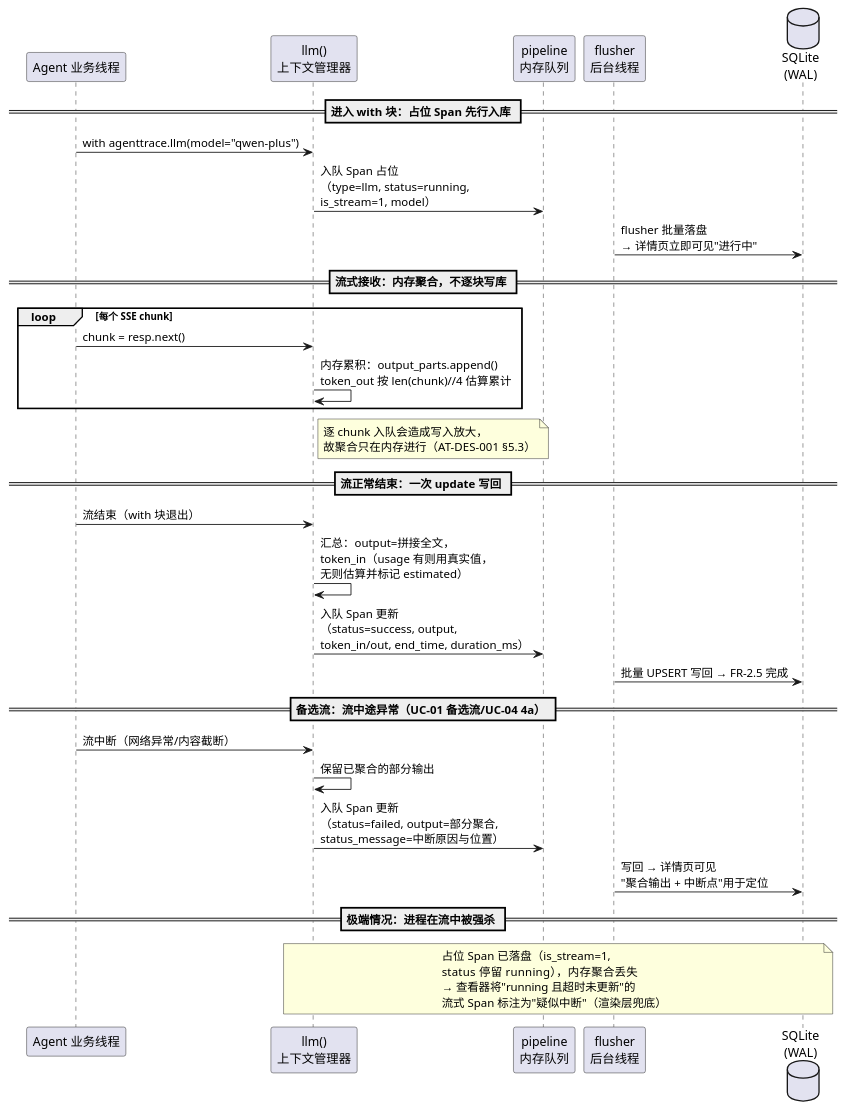
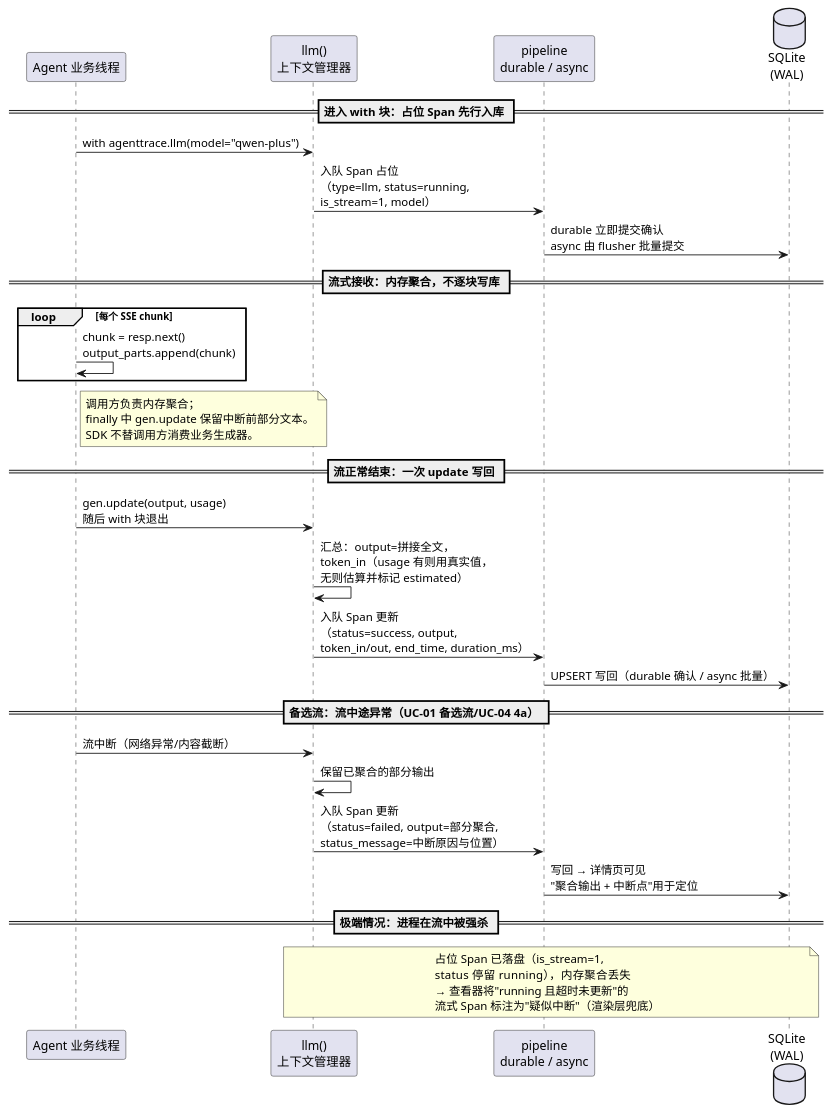
Before and after one commit to ch6639/agenttrace: the diagram in models/sequence-streaming.puml, drawn with PlantUML. The commit also changed 74 other files, not shown here.

```diff
--- a/models/sequence-streaming.puml
+++ b/models/sequence-streaming.puml
@@ -1,37 +1,35 @@
 @startuml 时序图-流式写回
 ' M1 定稿（2026-09-17）：FR-2.5 SSE 流式响应的记录与写回
 ' 借鉴 Langfuse"Span 先建占位、结束时 update 写回"模式（AT-DES-000 决策 #4）
 
 participant "Agent 业务线程" as App
 participant "llm()\n上下文管理器" as Llm
-participant "pipeline\n内存队列" as Q
-participant "flusher\n后台线程" as F
+participant "pipeline\ndurable / async" as Q
 database "SQLite\n(WAL)" as DB
 
 == 进入 with 块：占位 Span 先行入库 ==
 App -> Llm : with agenttrace.llm(model="qwen-plus")
 Llm -> Q : 入队 Span 占位\n（type=llm, status=running,\nis_stream=1, model）
-F -> DB : flusher 批量落盘\n→ 详情页立即可见"进行中"
+Q -> DB : durable 立即提交确认\nasync 由 flusher 批量提交
 
 == 流式接收：内存聚合，不逐块写库 ==
 loop 每个 SSE chunk
-  App -> Llm : chunk = resp.next()
-  Llm -> Llm : 内存累积：output_parts.append()\ntoken_out 按 len(chunk)//4 估算累计
+  App -> App : chunk = resp.next()\noutput_parts.append(chunk)
 end
-note right of Llm : 逐 chunk 入队会造成写入放大，\n故聚合只在内存进行（AT-DES-001 §5.3）
+note right of App : 调用方负责内存聚合；\nfinally 中 gen.update 保留中断前部分文本。\nSDK 不替调用方消费业务生成器。
 
 == 流正常结束：一次 update 写回 ==
-App -> Llm : 流结束（with 块退出）
+App -> Llm : gen.update(output, usage)\n随后 with 块退出
 Llm -> Llm : 汇总：output=拼接全文，\ntoken_in（usage 有则用真实值，\n无则估算并标记 estimated）
 Llm -> Q : 入队 Span 更新\n（status=success, output,\ntoken_in/out, end_time, duration_ms）
-F -> DB : 批量 UPSERT 写回 → FR-2.5 完成
+Q -> DB : UPSERT 写回（durable 确认 / async 批量）
 
 == 备选流：流中途异常（UC-01 备选流/UC-04 4a） ==
 App -> Llm : 流中断（网络异常/内容截断）
 Llm -> Llm : 保留已聚合的部分输出
 Llm -> Q : 入队 Span 更新\n（status=failed, output=部分聚合,\nstatus_message=中断原因与位置）
-F -> DB : 写回 → 详情页可见\n"聚合输出 + 中断点"用于定位
+Q -> DB : 写回 → 详情页可见\n"聚合输出 + 中断点"用于定位
 
 == 极端情况：进程在流中被强杀 ==
 note over Llm, DB : 占位 Span 已落盘（is_stream=1,\nstatus 停留 running），内存聚合丢失\n→ 查看器将"running 且超时未更新"的\n流式 Span 标注为"疑似中断"（渲染层兜底）
 @enduml
```
